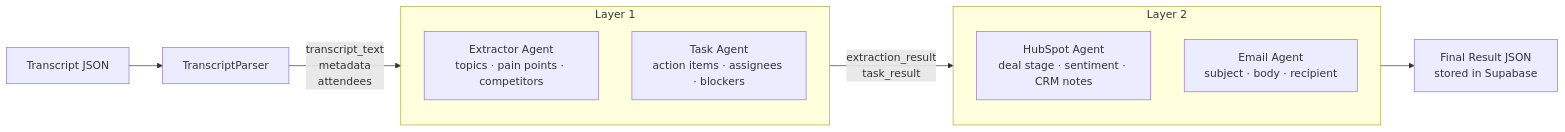
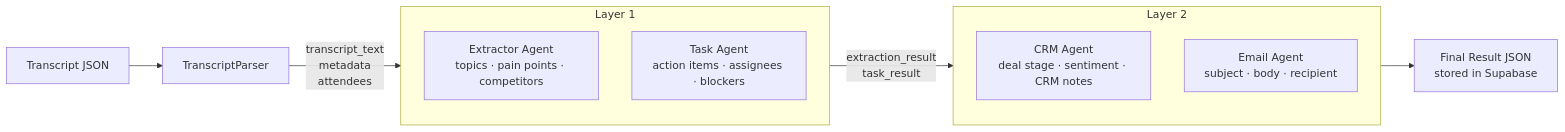
Before and after one commit to mhdSharuk/DealFlow: the second of 4 diagrams in README.md, drawn with Mermaid. The commit also changed other lines of this file and 1 other file, not shown here.

````diff
--- a/README.md
+++ b/README.md
@@ -74,19 +74,19 @@
 ```mermaid
 flowchart LR
     TR[Transcript JSON] --> P[TranscriptParser]
     P -->|transcript_text\nmetadata\nattendees| L1
 
     subgraph L1[Layer 1]
         EX[Extractor Agent\ntopics · pain points · competitors]
         TM[Task Agent\naction items · assignees · blockers]
     end
 
     L1 -->|extraction_result\ntask_result| L2
 
     subgraph L2[Layer 2]
-        HS[HubSpot Agent\ndeal stage · sentiment · CRM notes]
+        HS[CRM Agent\ndeal stage · sentiment · CRM notes]
         EM[Email Agent\nsubject · body · recipient]
     end
 
     L2 --> R[Final Result JSON\nstored in Supabase]
 ```
````
